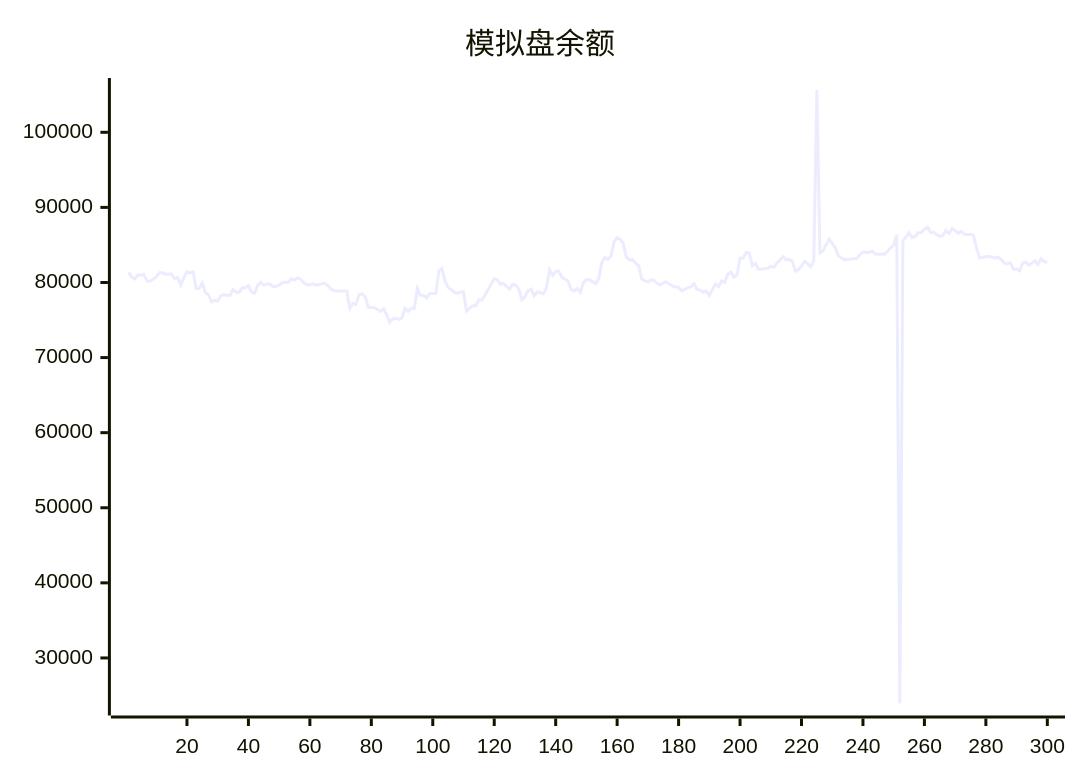
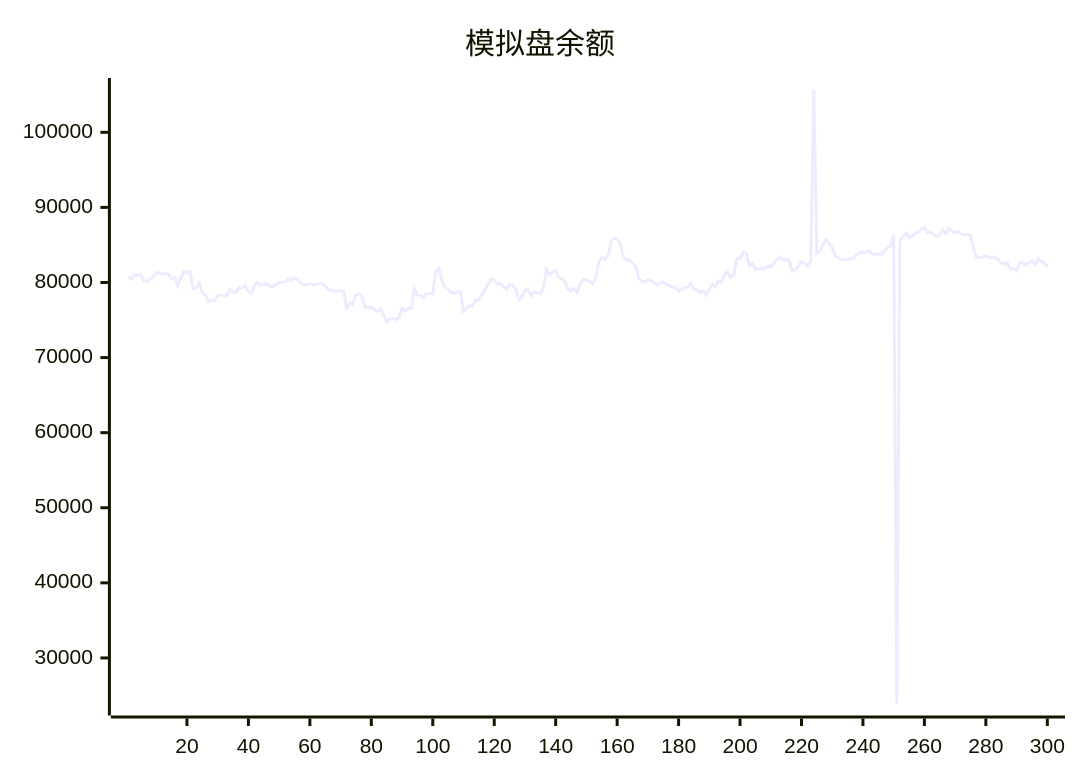
The diagram in README.md (aahl/ai-trading), drawn with Mermaid before and after one commit. The commit also changed other lines of this file and 1 other file, not shown here.

````diff
--- a/README.md
+++ b/README.md
@@ -5,5 +5,5 @@
 ```mermaid
 xychart
     title "模拟盘余额"
-    line [81371,80742,80468,80989,80989,81067,80191,80155,80450,80737,81309,81309,81106,81119,81119,80471,80631,79624,80670,81448,81290,81429,79212,79222,79940,78643,78380,77432,77623,77504,78235,78358,78284,78277,79048,78714,78714,79290,79308,79567,78763,78563,79603,79988,79652,79813,79813,79476,79469,79673,79995,80015,80015,80486,80314,80600,80436,79966,79689,79689,79819,79692,79692,79850,79850,79518,79071,78889,78850,78850,78878,78878,76554,77202,77103,78357,78510,78106,76678,76677,76672,76411,76159,76485,75656,74695,75197,75246,75052,75334,76564,76179,76553,76551,79196,78300,78300,77944,78531,78531,78521,81564,81884,80160,79335,79055,78675,78580,78708,78764,76179,76586,76902,76876,77658,77669,78346,79023,79769,80497,80366,79761,79896,79448,79126,79749,79658,79097,77695,78114,78888,79126,78249,78738,78653,78478,79271,81680,80923,81488,81527,80681,80455,80190,79084,78879,79193,78686,79954,80403,80374,80118,79848,80491,82665,83351,83098,83525,85430,85983,85737,85221,83378,83014,83043,82613,82216,80477,80208,80081,80348,80277,79894,79670,79965,80093,79786,79542,79406,79371,78893,79087,79304,79406,79841,79072,78978,78696,78846,78272,79085,79787,79442,80198,80031,81120,81379,80718,80985,83214,83212,83993,83921,82270,82547,81776,81776,81866,81866,82158,82061,82596,83000,83408,83041,83050,82858,81503,81691,82188,82812,82517,82092,82901,105633,83898,84180,85030,85781,85178,84604,83569,83298,83008,83093,83107,83175,83228,83729,84025,84017,84019,84177,83775,83762,83785,83738,84160,84639,84939,86370,23934,85548,86046,86599,85942,86161,86622,86664,87115,87369,86666,86685,86384,86152,86243,86969,86548,87164,86885,86566,86809,86427,86348,86417,86273,84538,83299,83369,83430,83490,83404,83270,83362,83056,82605,82459,82614,81734,81788,81551,82598,82702,82320,82580,82878,82426,83139,82778,82686]
+    line [80742,80468,80989,80989,81067,80191,80155,80450,80737,81309,81309,81106,81119,81119,80471,80631,79624,80670,81448,81290,81429,79212,79222,79940,78643,78380,77432,77623,77504,78235,78358,78284,78277,79048,78714,78714,79290,79308,79567,78763,78563,79603,79988,79652,79813,79813,79476,79469,79673,79995,80015,80015,80486,80314,80600,80436,79966,79689,79689,79819,79692,79692,79850,79850,79518,79071,78889,78850,78850,78878,78878,76554,77202,77103,78357,78510,78106,76678,76677,76672,76411,76159,76485,75656,74695,75197,75246,75052,75334,76564,76179,76553,76551,79196,78300,78300,77944,78531,78531,78521,81564,81884,80160,79335,79055,78675,78580,78708,78764,76179,76586,76902,76876,77658,77669,78346,79023,79769,80497,80366,79761,79896,79448,79126,79749,79658,79097,77695,78114,78888,79126,78249,78738,78653,78478,79271,81680,80923,81488,81527,80681,80455,80190,79084,78879,79193,78686,79954,80403,80374,80118,79848,80491,82665,83351,83098,83525,85430,85983,85737,85221,83378,83014,83043,82613,82216,80477,80208,80081,80348,80277,79894,79670,79965,80093,79786,79542,79406,79371,78893,79087,79304,79406,79841,79072,78978,78696,78846,78272,79085,79787,79442,80198,80031,81120,81379,80718,80985,83214,83212,83993,83921,82270,82547,81776,81776,81866,81866,82158,82061,82596,83000,83408,83041,83050,82858,81503,81691,82188,82812,82517,82092,82901,105633,83898,84180,85030,85781,85178,84604,83569,83298,83008,83093,83107,83175,83228,83729,84025,84017,84019,84177,83775,83762,83785,83738,84160,84639,84939,86370,23934,85548,86046,86599,85942,86161,86622,86664,87115,87369,86666,86685,86384,86152,86243,86969,86548,87164,86885,86566,86809,86427,86348,86417,86273,84538,83299,83369,83430,83490,83404,83270,83362,83056,82605,82459,82614,81734,81788,81551,82598,82702,82320,82580,82878,82426,83139,82778,82686,82056]
 ```
````
